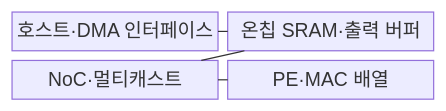
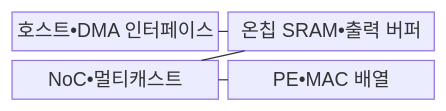
The first of 2 diagrams in src/content/docs/notes/02-hardware/040_asic_ai_acceleration.md (agnusdei1207/knowledge-base), drawn with Mermaid before and after one commit. The commit also changed other lines of this file and 953 other files, not shown here.

````diff
--- a/src/content/docs/notes/02-hardware/040_asic_ai_acceleration.md
+++ b/src/content/docs/notes/02-hardware/040_asic_ai_acceleration.md
@@ -75,11 +75,11 @@
 ```mermaid
 block
     columns 2
-    H["호스트·DMA 인터페이스"]
-    S["온칩 SRAM·출력 버퍼"]
-    N["NoC·멀티캐스트"]
-    P["PE·MAC 배열"]
+    H["호스트•DMA 인터페이스"]
+    S["온칩 SRAM•출력 버퍼"]
+    N["NoC•멀티캐스트"]
+    P["PE•MAC 배열"]
     H --- S
     S --- N
     N --- P
 ```
````
